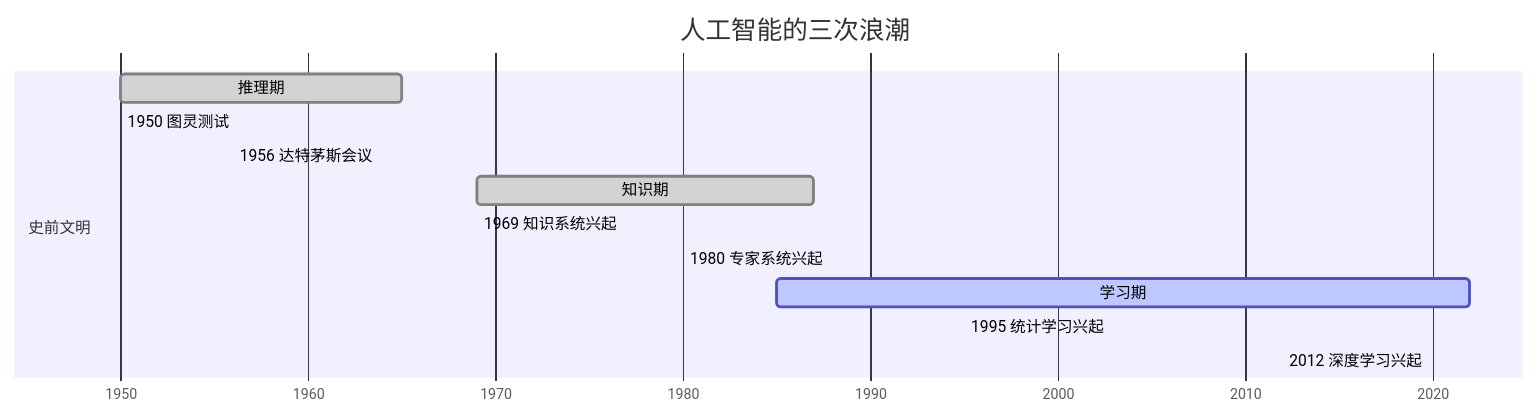
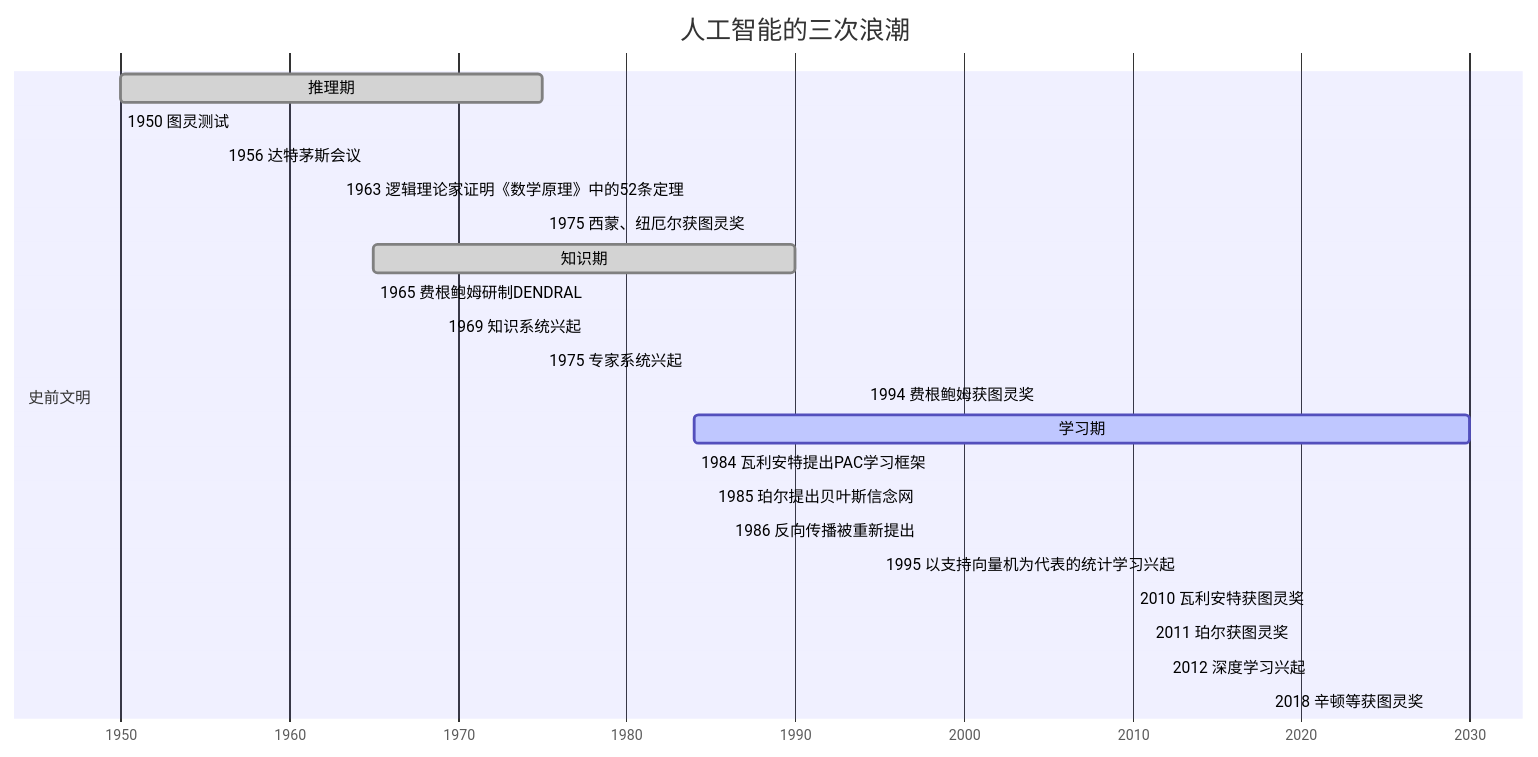
One commit to Avanti1980/course-ml changed the diagram in mermaid/ai.mermaid. Above: the diagram before and after it, drawn with Mermaid. The commit also changed 20 other files, not shown here.

```diff
--- a/mermaid/ai.mermaid
+++ b/mermaid/ai.mermaid
@@ -1,19 +1,29 @@
 gantt
 todayMarker off
 dateFormat YYYY
 axisFormat %Y
 title 人工智能的三次浪潮
 
 section 史前文明
 
-推理期: done, 1950, 1965
+推理期: done, 1950, 1975
 1950 图灵测试: 1950, milestone
 1956 达特茅斯会议: 1956, milestone
+1963 逻辑理论家证明《数学原理》中的52条定理: 1963, milestone
+1975 西蒙、纽厄尔获图灵奖: 1975, milestone
 
-知识期: done, 1969, 1987
+知识期: done, 1965, 1990
+1965 费根鲍姆研制DENDRAL: 1965, milestone
 1969 知识系统兴起: 1969, milestone
-1980 专家系统兴起: 1980, milestone
+1975 专家系统兴起: 1975, milestone
+1994 费根鲍姆获图灵奖: 1994, milestone
 
-学习期: active, 1985, 2022
-1995 统计学习兴起: 1995, milestone
+学习期: active, 1984, 2030
+1984 瓦利安特提出PAC学习框架: 1984, milestone
+1985 珀尔提出贝叶斯信念网: 1985, milestone
+1986 反向传播被重新提出: 1986, milestone
+1995 以支持向量机为代表的统计学习兴起: 1995, milestone
+2010 瓦利安特获图灵奖: 2010, milestone
+2011 珀尔获图灵奖: 2011, milestone
 2012 深度学习兴起: 2012, milestone
+2018 辛顿等获图灵奖: 2018, milestone
```
